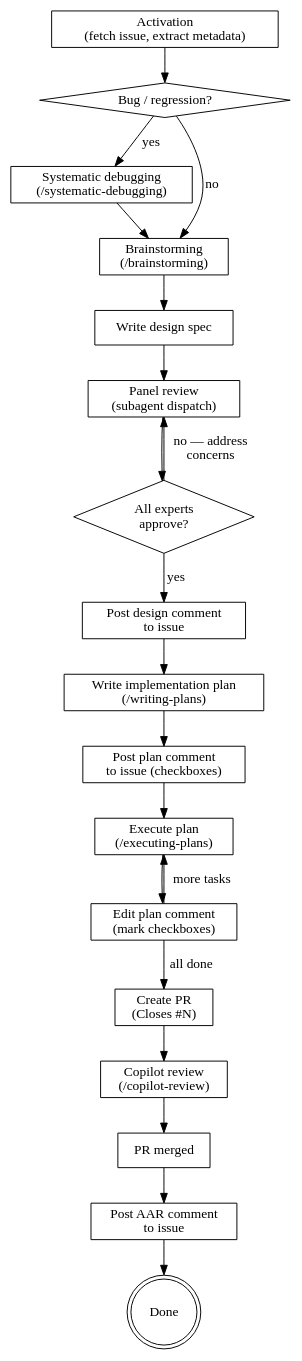
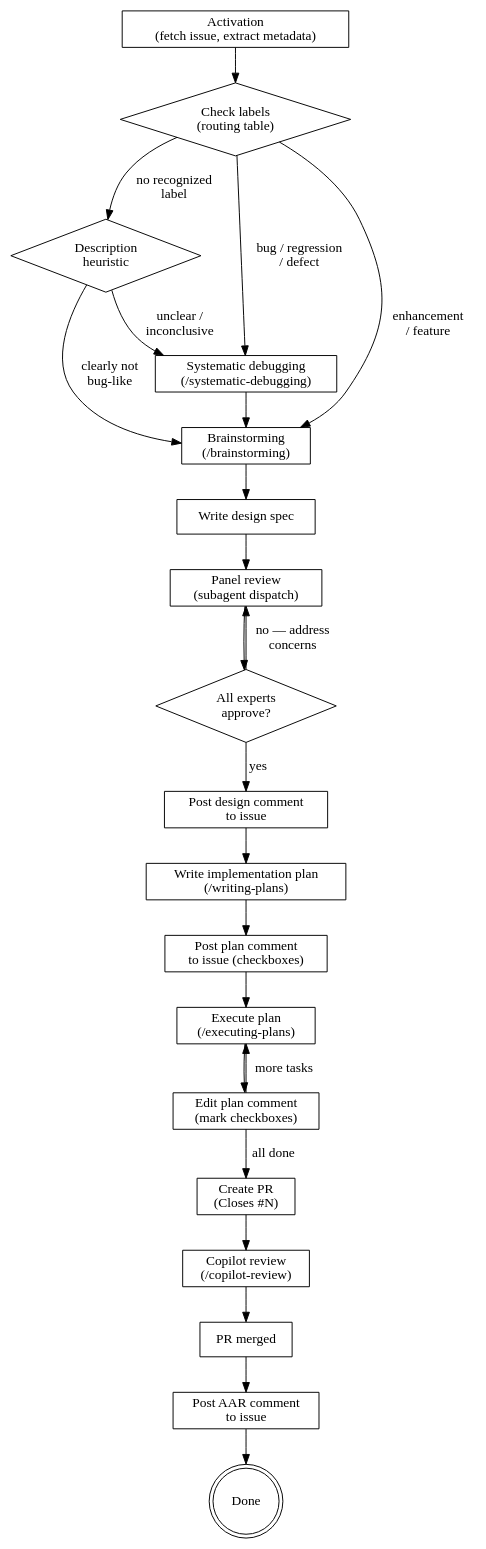
Before and after one commit to perezd/claudetainer: the diagram in skills/issue-driven-workflow/SKILL.md, drawn with Graphviz. The commit also changed other lines of this file and 1 other file, not shown here.

First line of the commit message:
feat(policies): add label-based routing to issue-driven workflow (#99)

````diff
--- a/skills/issue-driven-workflow/SKILL.md
+++ b/skills/issue-driven-workflow/SKILL.md
@@ -24,43 +24,47 @@
 ```dot
 digraph issue_driven {
     rankdir=TB;
 
     activate [label="Activation\n(fetch issue, extract metadata)" shape=box];
-    bug_check [label="Bug / regression?" shape=diamond];
+    route_check [label="Check labels\n(routing table)" shape=diamond];
+    desc_fallback [label="Description\nheuristic" shape=diamond];
     debug [label="Systematic debugging\n(/systematic-debugging)" shape=box];
     brainstorm [label="Brainstorming\n(/brainstorming)" shape=box];
     design [label="Write design spec" shape=box];
     panel [label="Panel review\n(subagent dispatch)" shape=box];
     panel_ok [label="All experts\napprove?" shape=diamond];
     post_design [label="Post design comment\nto issue" shape=box];
     plan [label="Write implementation plan\n(/writing-plans)" shape=box];
     post_plan [label="Post plan comment\nto issue (checkboxes)" shape=box];
     execute [label="Execute plan\n(/executing-plans)" shape=box];
     update_checks [label="Edit plan comment\n(mark checkboxes)" shape=box];
     pr [label="Create PR\n(Closes #N)" shape=box];
     copilot [label="Copilot review\n(/copilot-review)" shape=box];
     merge [label="PR merged" shape=box];
     aar [label="Post AAR comment\nto issue" shape=box];
     done [label="Done" shape=doublecircle];
 
-    activate -> bug_check;
-    bug_check -> debug [label="yes"];
-    bug_check -> brainstorm [label="no"];
+    activate -> route_check;
+    route_check -> debug [label="bug / regression\n/ defect"];
+    route_check -> brainstorm [label="enhancement\n/ feature"];
+    route_check -> desc_fallback [label="no recognized\nlabel"];
+    desc_fallback -> debug [label="unclear /\ninconclusive"];
+    desc_fallback -> brainstorm [label="clearly not\nbug-like"];
     debug -> brainstorm;
     brainstorm -> design;
     design -> panel;
     panel -> panel_ok;
     panel_ok -> panel [label="no — address\nconcerns"];
     panel_ok -> post_design [label="yes"];
     post_design -> plan;
     plan -> post_plan;
     post_plan -> execute;
     execute -> update_checks;
     update_checks -> execute [label="more tasks"];
     update_checks -> pr [label="all done"];
     pr -> copilot;
     copilot -> merge;
     merge -> aar;
     aar -> done;
 }
 ```
````
